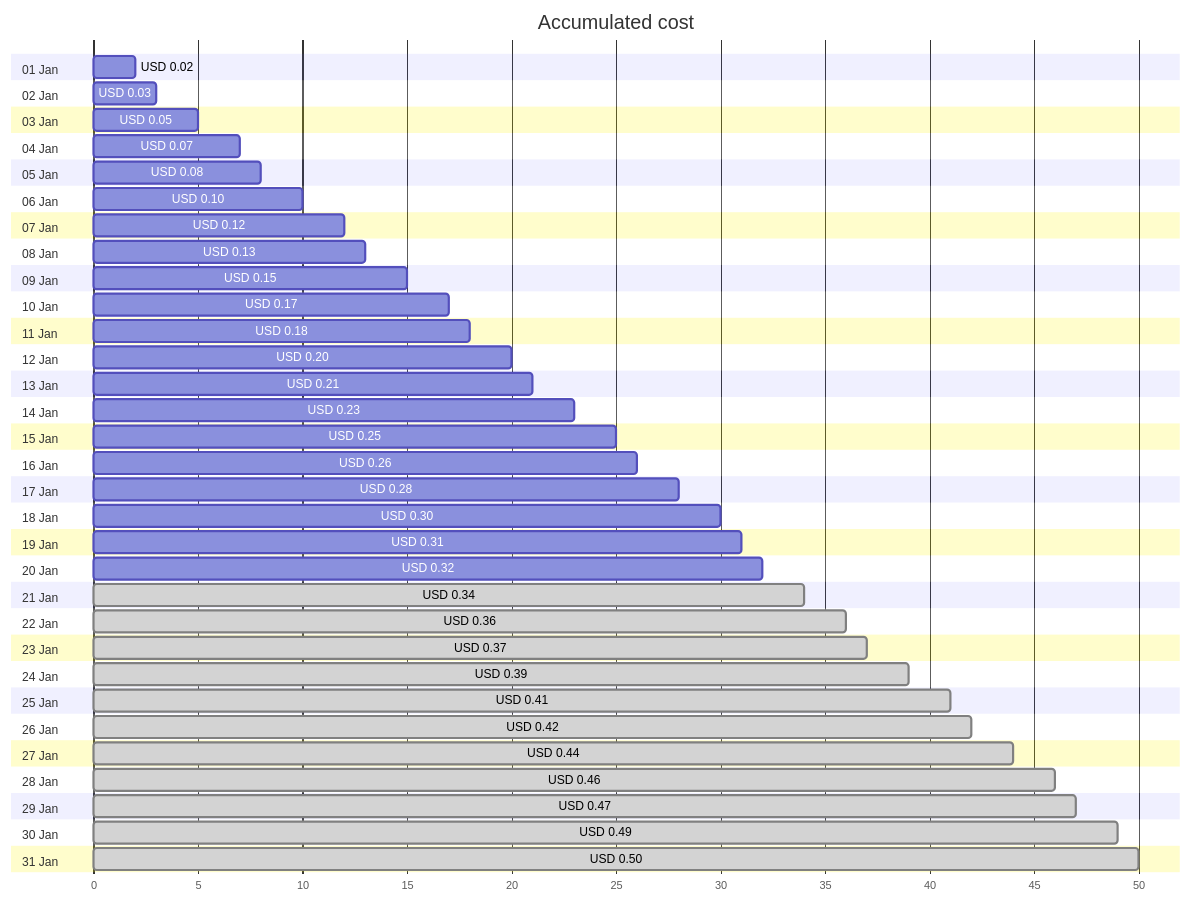
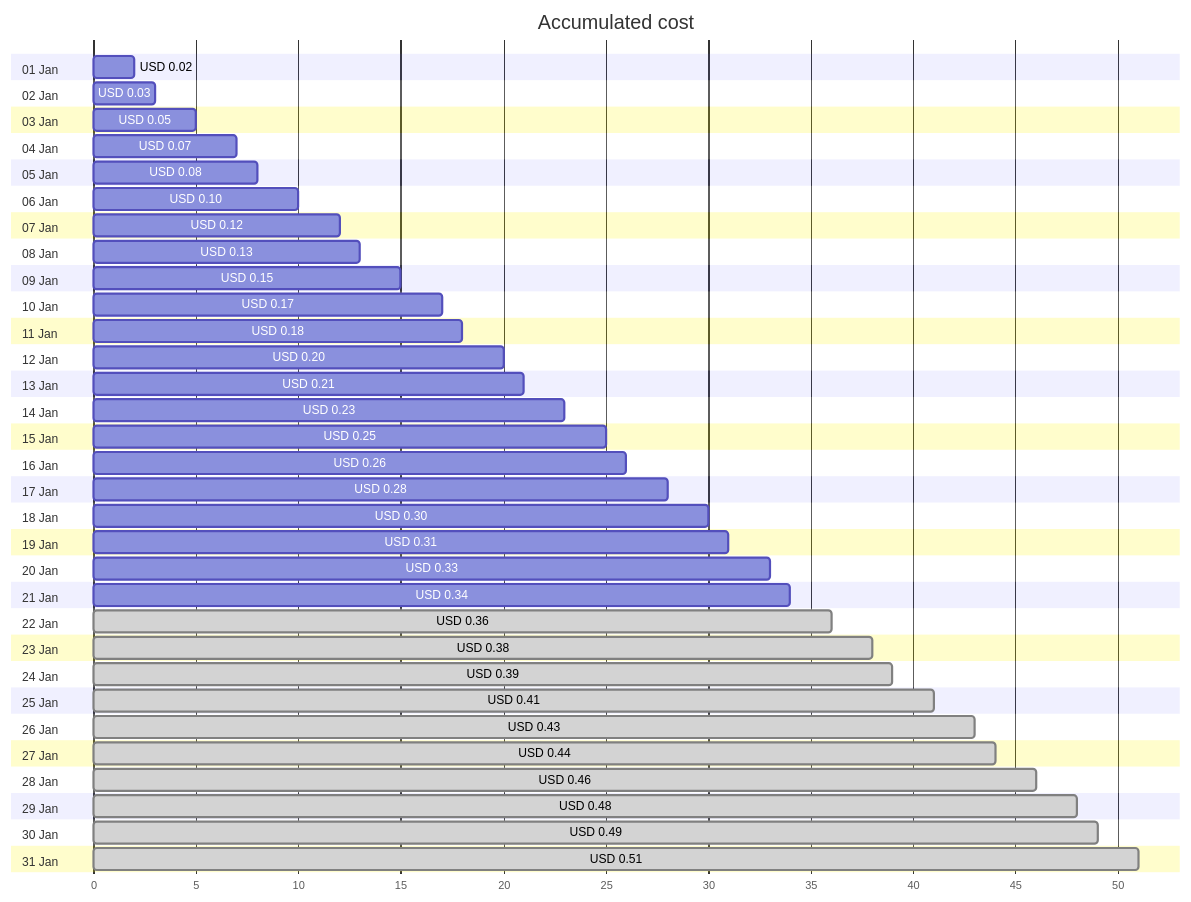
Before and after one commit to jpfulton/azure-personal-reports: the first of 4 diagrams in cost-reports/personal-dns/jpatrickfulton.dev.md, drawn with Mermaid. The commit also changed other lines of this file and 2 other files, not shown here.

````diff
--- a/cost-reports/personal-dns/jpatrickfulton.dev.md
+++ b/cost-reports/personal-dns/jpatrickfulton.dev.md
@@ -20,68 +20,68 @@
 ```mermaid
 gantt
    title Accumulated cost
    dateFormat  X
    axisFormat %s
    section 01 Jan
    USD 0.02 :0, 2
    section 02 Jan
    USD 0.03 :0, 3
    section 03 Jan
    USD 0.05 :0, 5
    section 04 Jan
    USD 0.07 :0, 7
    section 05 Jan
    USD 0.08 :0, 8
    section 06 Jan
    USD 0.10 :0, 10
    section 07 Jan
    USD 0.12 :0, 12
    section 08 Jan
    USD 0.13 :0, 13
    section 09 Jan
    USD 0.15 :0, 15
    section 10 Jan
    USD 0.17 :0, 17
    section 11 Jan
    USD 0.18 :0, 18
    section 12 Jan
    USD 0.20 :0, 20
    section 13 Jan
    USD 0.21 :0, 21
    section 14 Jan
    USD 0.23 :0, 23
    section 15 Jan
    USD 0.25 :0, 25
    section 16 Jan
    USD 0.26 :0, 26
    section 17 Jan
    USD 0.28 :0, 28
    section 18 Jan
    USD 0.30 :0, 30
    section 19 Jan
    USD 0.31 :0, 31
    section 20 Jan
-   USD 0.32 :0, 32
+   USD 0.33 :0, 33
    section 21 Jan
-   USD 0.34 : done, 0, 34
+   USD 0.34 :0, 34
    section 22 Jan
    USD 0.36 : done, 0, 36
    section 23 Jan
-   USD 0.37 : done, 0, 37
+   USD 0.38 : done, 0, 38
    section 24 Jan
    USD 0.39 : done, 0, 39
    section 25 Jan
    USD 0.41 : done, 0, 41
    section 26 Jan
-   USD 0.42 : done, 0, 42
+   USD 0.43 : done, 0, 43
    section 27 Jan
    USD 0.44 : done, 0, 44
    section 28 Jan
    USD 0.46 : done, 0, 46
    section 29 Jan
-   USD 0.47 : done, 0, 47
+   USD 0.48 : done, 0, 48
    section 30 Jan
    USD 0.49 : done, 0, 49
    section 31 Jan
-   USD 0.50 : done, 0, 50
+   USD 0.51 : done, 0, 51
 ```
````
